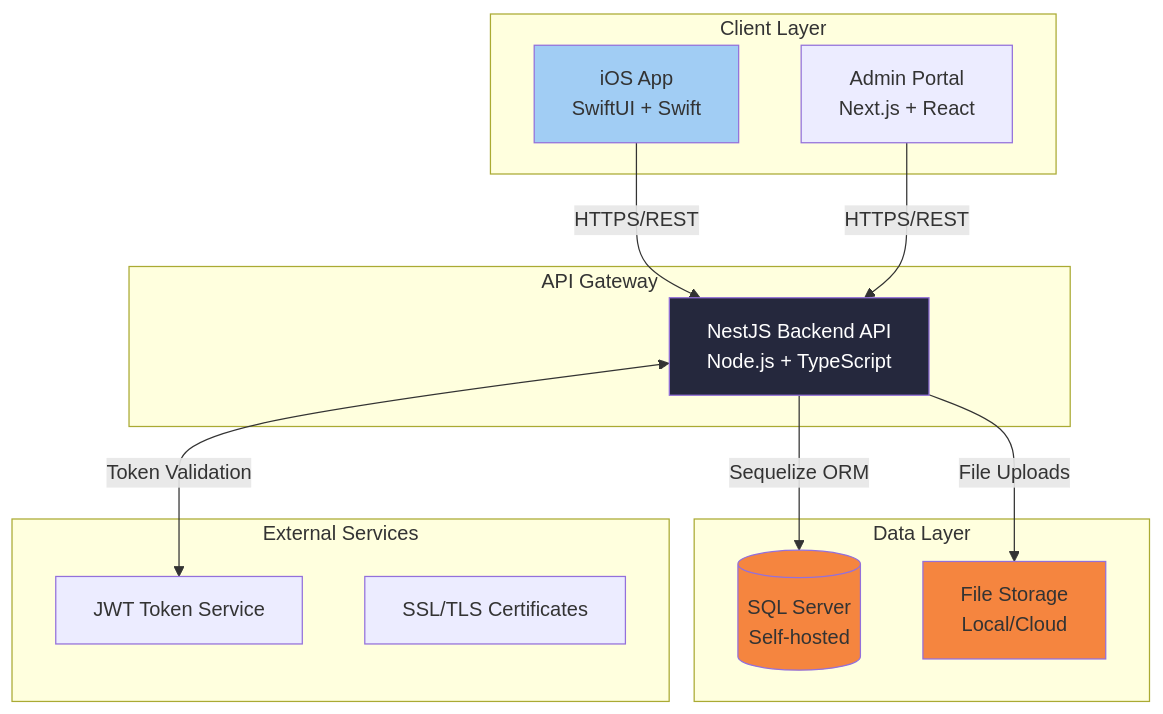
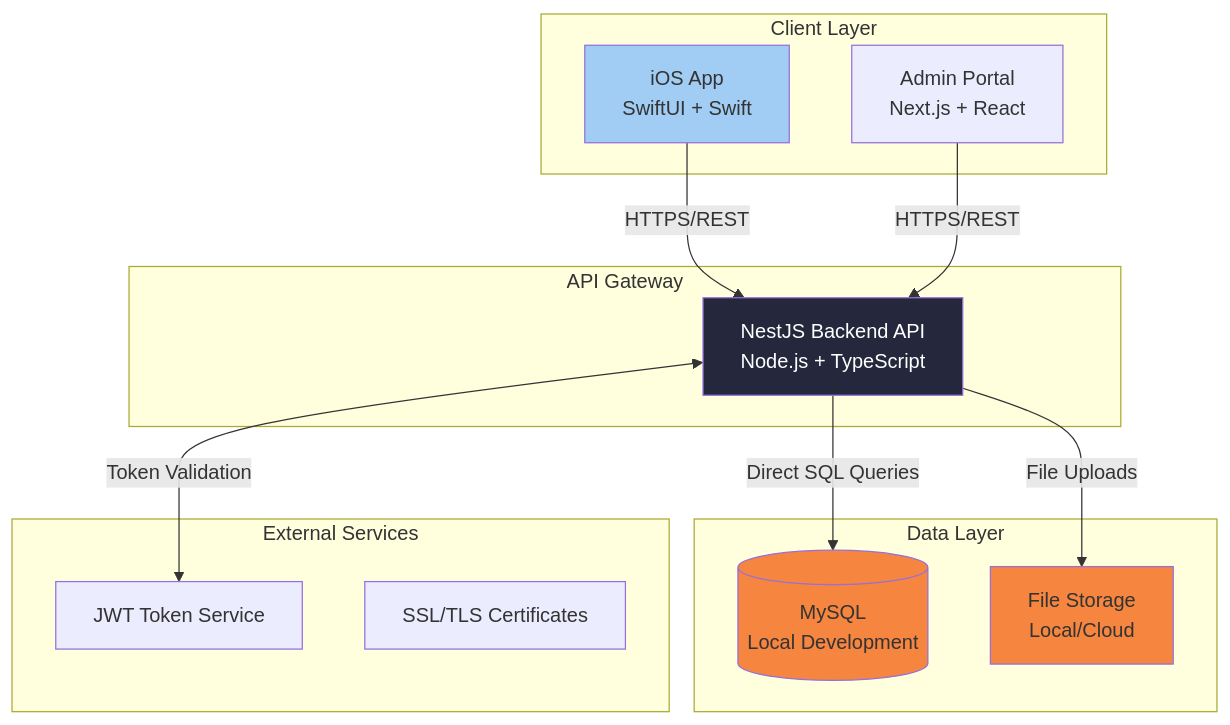
Before and after one commit to 2003gdb/bmad-cyber-report: the first of 5 diagrams in .ignore/architecture.md, drawn with Mermaid. The commit also changed other lines of this file and 62 other files, not shown here.

````diff
--- a/.ignore/architecture.md
+++ b/.ignore/architecture.md
@@ -67,35 +70,35 @@
 ```mermaid
 graph TB
     subgraph "Client Layer"
         iOS[iOS App<br/>SwiftUI + Swift]
         Admin[Admin Portal<br/>Next.js + React]
     end
     
     subgraph "API Gateway"
         NestJS[NestJS Backend API<br/>Node.js + TypeScript]
     end
     
     subgraph "Data Layer"
-        SQL[(SQL Server<br/>Self-hosted)]
+        SQL[(MySQL<br/>Local Development)]
         Files[File Storage<br/>Local/Cloud]
     end
     
     subgraph "External Services"
         JWT[JWT Token Service]
         SSL[SSL/TLS Certificates]
     end
     
     iOS -->|HTTPS/REST| NestJS
     Admin -->|HTTPS/REST| NestJS
-    NestJS -->|Sequelize ORM| SQL
+    NestJS -->|Direct SQL Queries| SQL
     NestJS -->|File Uploads| Files
     NestJS <-->|Token Validation| JWT
     
     classDef mobile fill:#A1CDF4
     classDef api fill:#25283D,color:#fff
     classDef data fill:#F5853F
     
     class iOS mobile
     class NestJS api
     class SQL,Files data
 ```
````
